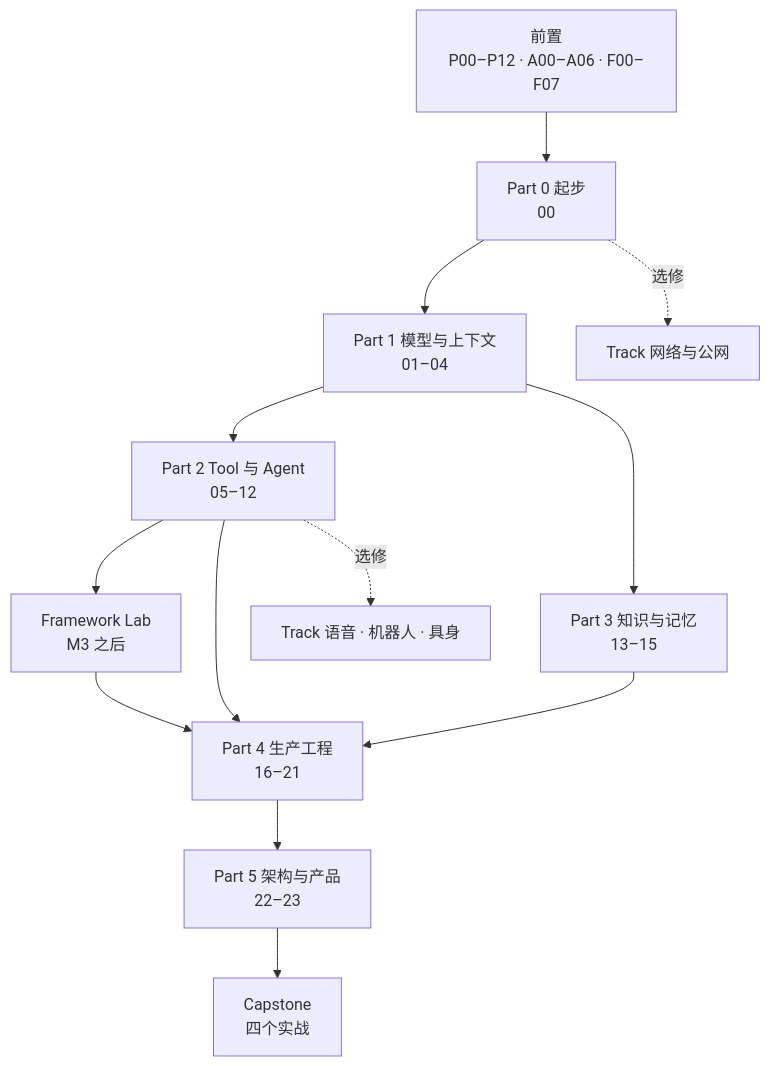
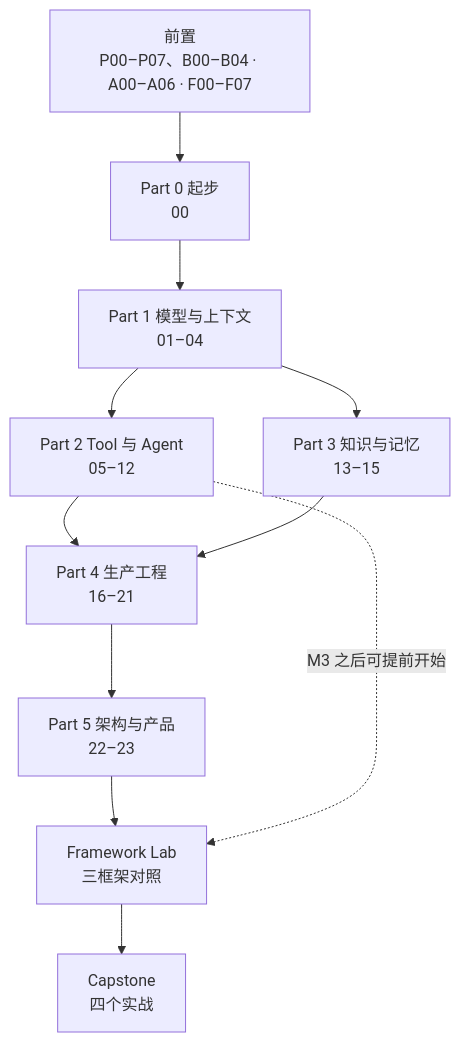
One commit to lance2016/ai-app-engineering changed the diagram in ROADMAP.md. Above: the diagram before and after it, drawn with Mermaid. The commit also changed other lines of this file and 85 other files, not shown here.

````diff
--- a/ROADMAP.md
+++ b/ROADMAP.md
@@ -5,15 +5,13 @@
 ```mermaid
 flowchart TD
-    PRE[前置<br/>P00–P12 · A00–A06 · F00–F07] --> P0[Part 0 起步<br/>00]
+    PRE[前置<br/>P00–P07、B00–B04 · A00–A06 · F00–F07] --> P0[Part 0 起步<br/>00]
     P0 --> P1[Part 1 模型与上下文<br/>01–04]
     P1 --> P2[Part 2 Tool 与 Agent<br/>05–12]
     P1 --> P3[Part 3 知识与记忆<br/>13–15]
-    P2 --> LAB[Framework Lab<br/>M3 之后]
     P2 --> P4[Part 4 生产工程<br/>16–21]
     P3 --> P4
-    LAB --> P4
     P4 --> P5[Part 5 架构与产品<br/>22–23]
-    P5 --> CAP[Capstone<br/>四个实战]
-    P2 -.选修.-> RV[Track 语音 · 机器人 · 具身]
-    P0 -.选修.-> NW[Track 网络与公网]
+    P5 --> LAB[Framework Lab<br/>三框架对照]
+    LAB --> CAP[Capstone<br/>四个实战]
+    P2 -.M3 之后可提前开始.-> LAB
 ```
````
